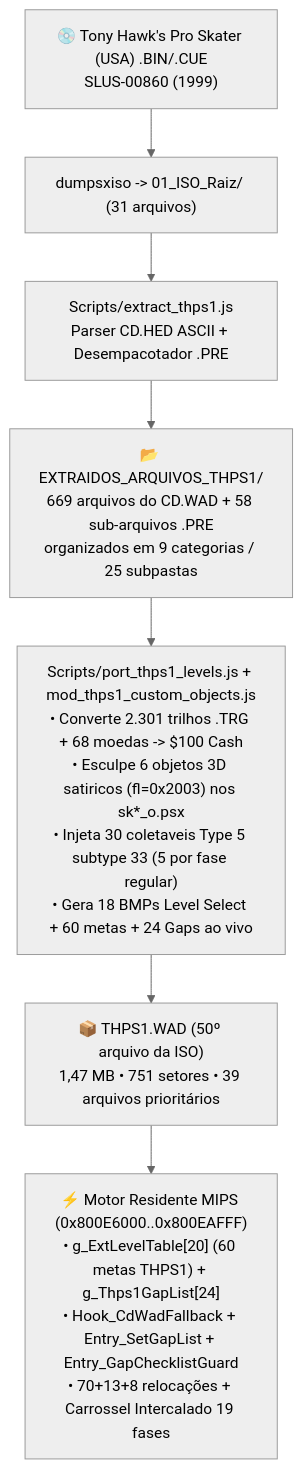
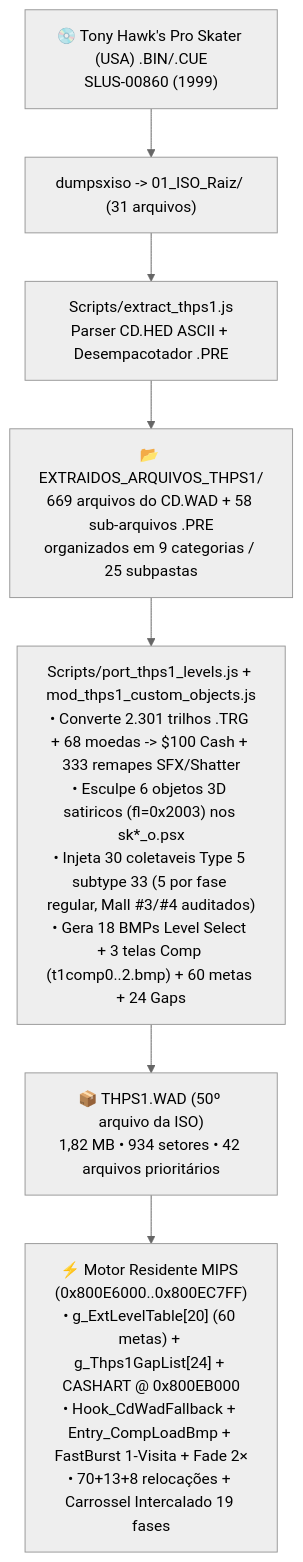
One commit to WagnerxOliveira/Tony_Hawk-s_Pro_Skater_2_Mod_PSX changed the diagram in Docs/MAPA_14_THPS1_ARQUIVOS_E_ENGENHARIA_REVERSA.md. Above: the diagram before and after it, drawn with Mermaid (neutral theme). The commit also changed other lines of this file and 11 other files, not shown here.

Commit message:
Aceleracao de menus/carregamento (CASHART boot-residente + 1-visit THPS1.WAD + Fade 2x), telas de competicao Chicago/Burnside/Roswell, reposicionamento Malas #3/#4 Mall NY e som caixa+skatista School Miami/THPS1

````diff
--- a/Docs/MAPA_14_THPS1_ARQUIVOS_E_ENGENHARIA_REVERSA.md
+++ b/Docs/MAPA_14_THPS1_ARQUIVOS_E_ENGENHARIA_REVERSA.md
@@ -24,9 +24,9 @@
 ```mermaid
 flowchart TB
     ISO["💿 Tony Hawk's Pro Skater (USA) .BIN/.CUE<br/>SLUS-00860 (1999)"] --> DUMP["dumpsxiso -> 01_ISO_Raiz/ (31 arquivos)"]
     DUMP --> EXT["Scripts/extract_thps1.js<br/>Parser CD.HED ASCII + Desempacotador .PRE"]
     EXT --> TREE["📂 EXTRAIDOS_ARQUIVOS_THPS1/<br/>669 arquivos do CD.WAD + 58 sub-arquivos .PRE<br/>organizados em 9 categorias / 25 subpastas"]
-    TREE --> PORT["Scripts/port_thps1_levels.js + mod_thps1_custom_objects.js<br/>• Converte 2.301 trilhos .TRG + 68 moedas -> $100 Cash<br/>• Esculpe 6 objetos 3D satiricos (fl=0x2003) nos sk*_o.psx<br/>• Injeta 30 coletaveis Type 5 subtype 33 (5 por fase regular)<br/>• Gera 18 BMPs Level Select + 60 metas + 24 Gaps ao vivo"]
-    PORT --> WAD["📦 THPS1.WAD (50º arquivo da ISO)<br/>1,47 MB • 751 setores • 39 arquivos prioritários"]
-    WAD --> ENG["⚡ Motor Residente MIPS (0x800E6000..0x800EAFFF)<br/>• g_ExtLevelTable[20] (60 metas THPS1) + g_Thps1GapList[24]<br/>• Hook_CdWadFallback + Entry_SetGapList + Entry_GapChecklistGuard<br/>• 70+13+8 relocações + Carrossel Intercalado 19 fases"]
+    TREE --> PORT["Scripts/port_thps1_levels.js + mod_thps1_custom_objects.js<br/>• Converte 2.301 trilhos .TRG + 68 moedas -> $100 Cash + 333 remapes SFX/Shatter<br/>• Esculpe 6 objetos 3D satiricos (fl=0x2003) nos sk*_o.psx<br/>• Injeta 30 coletaveis Type 5 subtype 33 (5 por fase regular, Mall #3/#4 auditados)<br/>• Gera 18 BMPs Level Select + 3 telas Comp (t1comp0..2.bmp) + 60 metas + 24 Gaps"]
+    PORT --> WAD["📦 THPS1.WAD (50º arquivo da ISO)<br/>1,82 MB • 934 setores • 42 arquivos prioritários"]
+    WAD --> ENG["⚡ Motor Residente MIPS (0x800E6000..0x800EC7FF)<br/>• g_ExtLevelTable[20] (60 metas) + g_Thps1GapList[24] + CASHART @ 0x800EB000<br/>• Hook_CdWadFallback + Entry_CompLoadBmp + FastBurst 1-Visita + Fade 2×<br/>• 70+13+8 relocações + Carrossel Intercalado 19 fases"]
 ```
````
